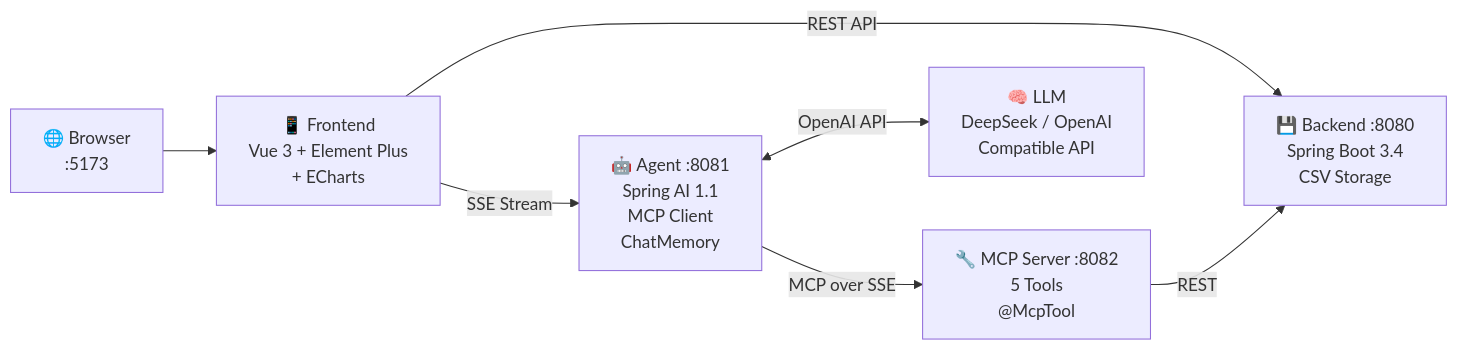
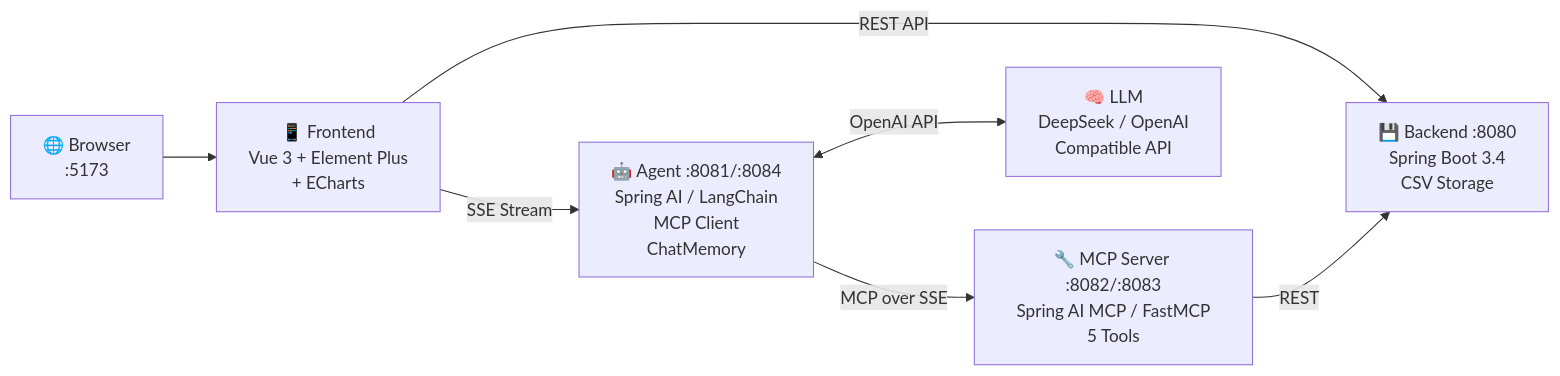
The first of 4 diagrams in README_EN.md (reallyhwc/test-learn-agent), drawn with Mermaid before and after one commit. The commit also changed other lines of this file and 2 other files, not shown here.

````diff
--- a/README_EN.md
+++ b/README_EN.md
@@ -31,16 +34,16 @@
 ```mermaid
 graph LR
     Browser["🌐 Browser<br/>:5173"]
     Frontend["📱 Frontend<br/>Vue 3 + Element Plus<br/>+ ECharts"]
-    Agent["🤖 Agent :8081<br/>Spring AI 1.1<br/>MCP Client<br/>ChatMemory"]
+    Agent["🤖 Agent :8081/:8084<br/>Spring AI / LangChain<br/>MCP Client<br/>ChatMemory"]
     LLM["🧠 LLM<br/>DeepSeek / OpenAI<br/>Compatible API"]
-    MCPServer["🔧 MCP Server :8082<br/>5 Tools<br/>@McpTool"]
+    MCPServer["🔧 MCP Server :8082/:8083<br/>Spring AI MCP / FastMCP<br/>5 Tools"]
     Backend["💾 Backend :8080<br/>Spring Boot 3.4<br/>CSV Storage"]
 
     Browser --> Frontend
     Frontend -->|"REST API"| Backend
     Frontend -->|"SSE Stream"| Agent
     Agent <-->|"OpenAI API"| LLM
     Agent -->|"MCP over SSE"| MCPServer
     MCPServer -->|"REST"| Backend
 ```
````
